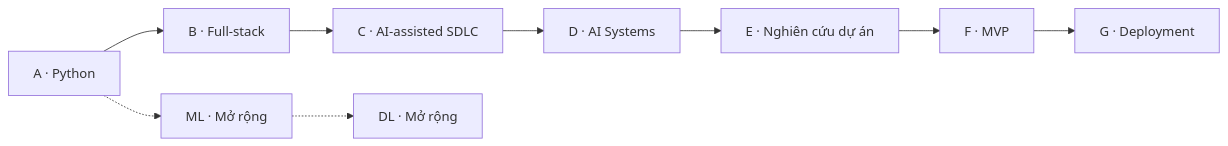
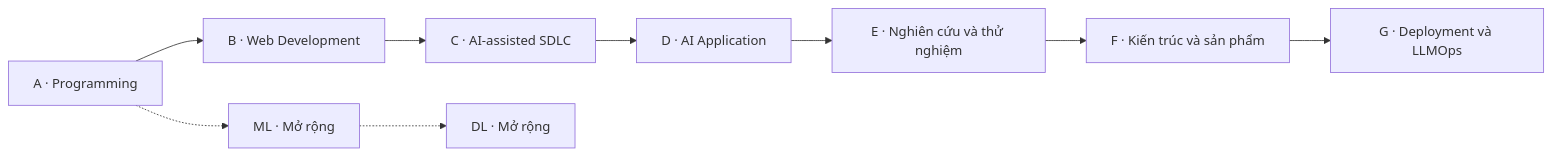
One commit to dinhvanan307/learning_roadmap changed the diagram in ROADMAP.md. Above: the diagram before and after it, drawn with Mermaid. The commit also changed other lines of this file and 26 other files, not shown here.

Commit message:
docs: detail knowledge areas within roadmap phases A-G

````diff
--- a/ROADMAP.md
+++ b/ROADMAP.md
@@ -7,11 +19,11 @@
 ```mermaid
 flowchart LR
-  A["A · Python"] --> B["B · Full-stack"]
+  A["A · Programming"] --> B["B · Web Development"]
   B --> C["C · AI-assisted SDLC"]
-  C --> D["D · AI Systems"]
-  D --> E["E · Nghiên cứu dự án"]
-  E --> F["F · MVP"]
-  F --> G["G · Deployment"]
+  C --> D["D · AI Application"]
+  D --> E["E · Nghiên cứu và thử nghiệm"]
+  E --> F["F · Kiến trúc và sản phẩm"]
+  F --> G["G · Deployment và LLMOps"]
   A -.-> ML["ML · Mở rộng"]
   ML -.-> DL["DL · Mở rộng"]
 ```
````
